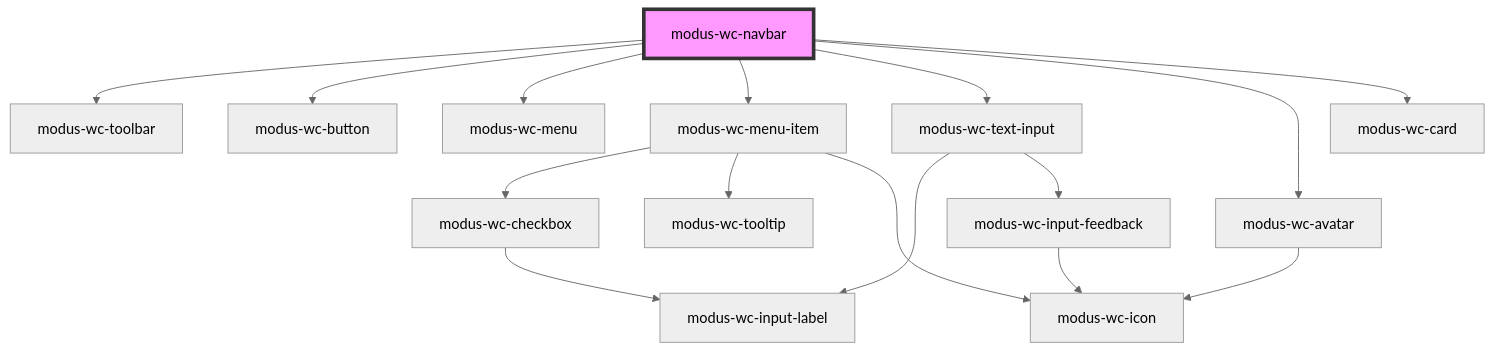
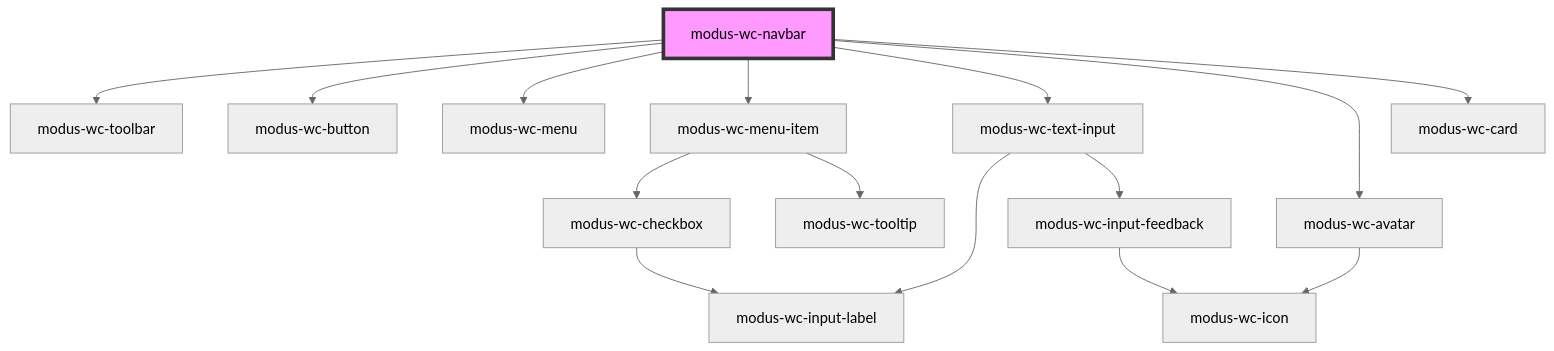
The diagram in src/components/modus-wc-navbar/readme.md (trimble-oss/modus-wc-2.0), drawn with Mermaid (neutral theme) before and after one commit. The commit also changed 12 other files, not shown here.

````diff
--- a/src/components/modus-wc-navbar/readme.md
+++ b/src/components/modus-wc-navbar/readme.md
@@ -67,19 +67,18 @@
 ```mermaid
 graph TD;
   modus-wc-navbar --> modus-wc-toolbar
   modus-wc-navbar --> modus-wc-button
   modus-wc-navbar --> modus-wc-menu
   modus-wc-navbar --> modus-wc-menu-item
   modus-wc-navbar --> modus-wc-text-input
   modus-wc-navbar --> modus-wc-avatar
   modus-wc-navbar --> modus-wc-card
   modus-wc-menu-item --> modus-wc-checkbox
   modus-wc-menu-item --> modus-wc-tooltip
-  modus-wc-menu-item --> modus-wc-icon
   modus-wc-checkbox --> modus-wc-input-label
   modus-wc-text-input --> modus-wc-input-label
   modus-wc-text-input --> modus-wc-input-feedback
   modus-wc-input-feedback --> modus-wc-icon
   modus-wc-avatar --> modus-wc-icon
   style modus-wc-navbar fill:#f9f,stroke:#333,stroke-width:4px
 ```
````
